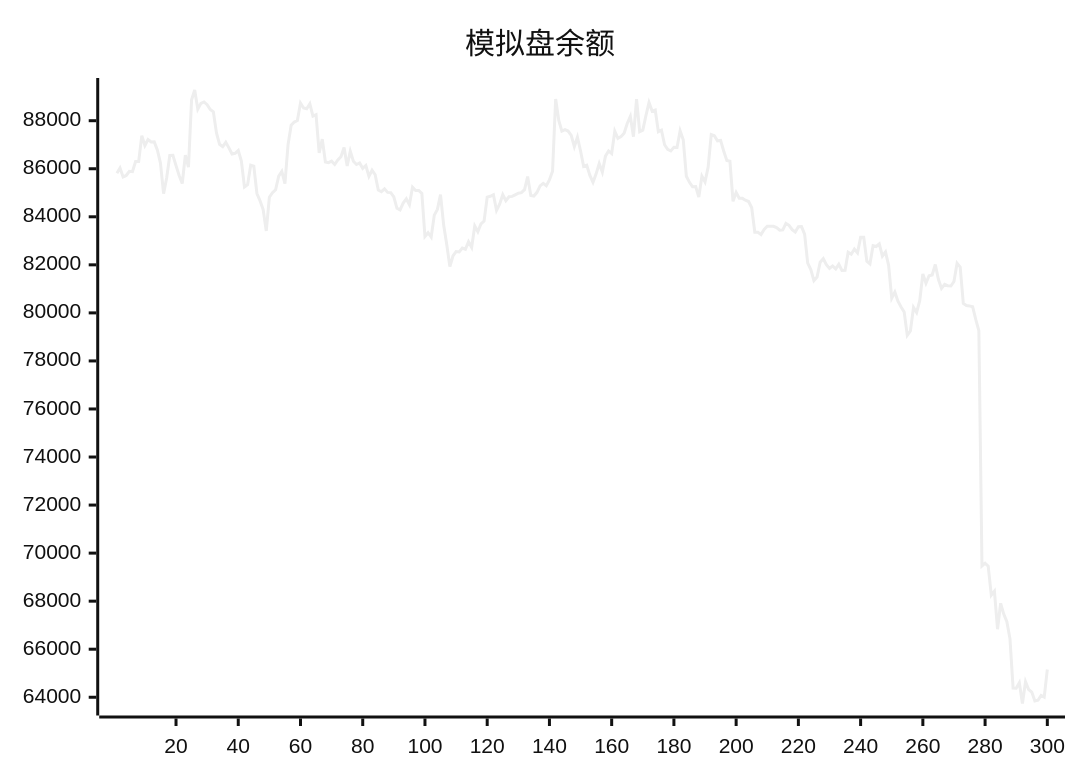
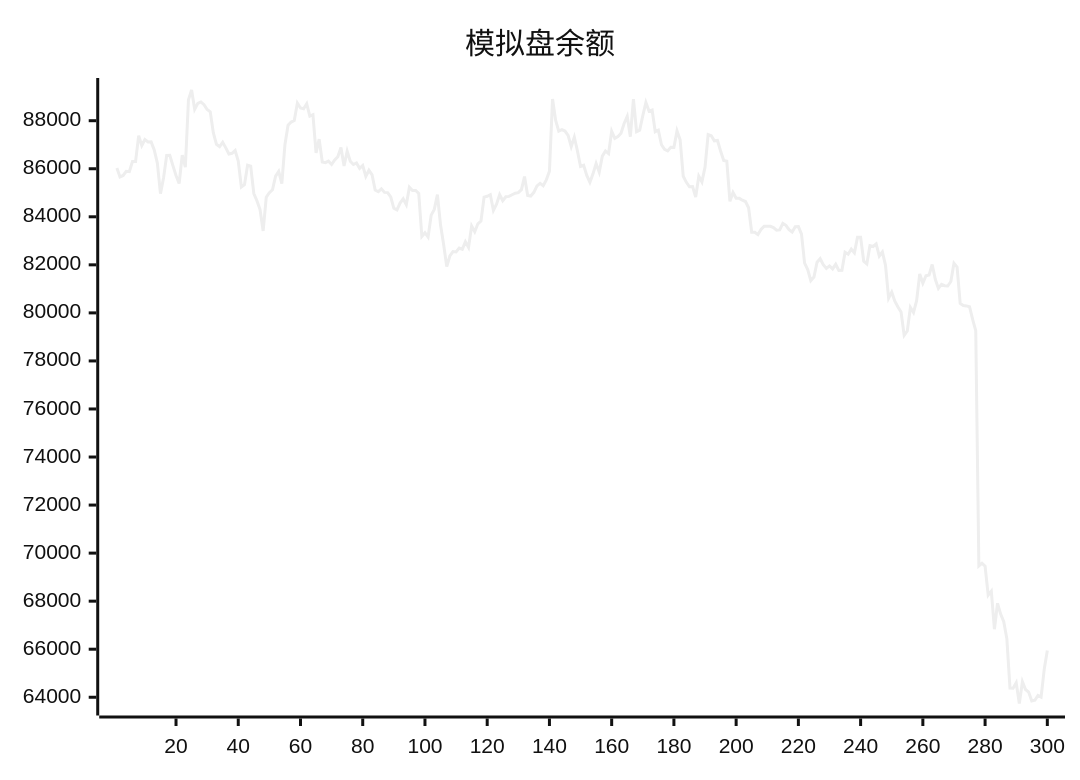
The diagram in README.md (aahl/ai-trading), drawn with Mermaid (neutral theme) before and after one commit. The commit also changed other lines of this file and 1 other file, not shown here.

````diff
--- a/README.md
+++ b/README.md
@@ -5,5 +5,5 @@
 ```mermaid
 xychart
     title "模拟盘余额"
-    line [85811,86028,85657,85721,85896,85880,86300,86299,87378,86965,87214,87115,87118,86780,86238,84966,85623,86555,86562,86129,85722,85387,86569,86070,88870,89278,88477,88720,88781,88668,88467,88372,87493,87018,86917,87102,86870,86613,86644,86758,86317,85242,85334,86149,86106,84968,84671,84302,83410,84816,85001,85127,85693,85891,85384,87001,87811,87945,88007,88734,88528,88495,88705,88189,88248,86662,87234,86279,86251,86314,86177,86364,86503,86886,86114,86731,86310,86176,86240,86017,86136,85685,85938,85749,85111,85044,85164,85016,85008,84824,84354,84287,84572,84745,84500,85234,85096,85095,84970,83180,83338,83157,84070,84309,84922,83667,82850,81924,82369,82552,82539,82695,82648,82962,82728,83619,83378,83710,83825,84819,84854,84917,84265,84527,84919,84668,84834,84850,84916,84981,85004,85131,85674,84891,84864,85019,85284,85393,85294,85538,85894,88904,88012,87567,87625,87568,87386,86920,87313,86737,86094,86143,85725,85437,85787,86219,85859,86526,86740,86630,87563,87264,87335,87483,87886,88180,87335,88894,87544,87608,88207,88755,88401,88444,87543,87608,87000,86810,86740,86894,86884,87576,87209,85686,85435,85251,85255,84820,85689,85453,86066,87420,87373,87161,87178,86740,86341,86315,84643,85012,84772,84768,84690,84635,84376,83360,83357,83259,83474,83608,83606,83602,83548,83440,83454,83724,83644,83464,83365,83590,83592,83275,82072,81806,81344,81492,82109,82254,82006,81848,81955,81829,82022,81769,81776,82522,82441,82656,82498,83144,83144,82150,82038,82797,82763,82872,82367,82536,81981,80612,80862,80484,80242,80034,79063,79245,80226,80016,80507,81625,81233,81544,81578,82016,81401,81019,81186,81130,81118,81306,82066,81909,80392,80304,80291,80258,79729,79261,69466,69579,69456,68251,68415,66832,67911,67462,67144,66432,64380,64375,64606,63740,64647,64324,64216,63842,63877,64078,64008,65156]
+    line [86028,85657,85721,85896,85880,86300,86299,87378,86965,87214,87115,87118,86780,86238,84966,85623,86555,86562,86129,85722,85387,86569,86070,88870,89278,88477,88720,88781,88668,88467,88372,87493,87018,86917,87102,86870,86613,86644,86758,86317,85242,85334,86149,86106,84968,84671,84302,83410,84816,85001,85127,85693,85891,85384,87001,87811,87945,88007,88734,88528,88495,88705,88189,88248,86662,87234,86279,86251,86314,86177,86364,86503,86886,86114,86731,86310,86176,86240,86017,86136,85685,85938,85749,85111,85044,85164,85016,85008,84824,84354,84287,84572,84745,84500,85234,85096,85095,84970,83180,83338,83157,84070,84309,84922,83667,82850,81924,82369,82552,82539,82695,82648,82962,82728,83619,83378,83710,83825,84819,84854,84917,84265,84527,84919,84668,84834,84850,84916,84981,85004,85131,85674,84891,84864,85019,85284,85393,85294,85538,85894,88904,88012,87567,87625,87568,87386,86920,87313,86737,86094,86143,85725,85437,85787,86219,85859,86526,86740,86630,87563,87264,87335,87483,87886,88180,87335,88894,87544,87608,88207,88755,88401,88444,87543,87608,87000,86810,86740,86894,86884,87576,87209,85686,85435,85251,85255,84820,85689,85453,86066,87420,87373,87161,87178,86740,86341,86315,84643,85012,84772,84768,84690,84635,84376,83360,83357,83259,83474,83608,83606,83602,83548,83440,83454,83724,83644,83464,83365,83590,83592,83275,82072,81806,81344,81492,82109,82254,82006,81848,81955,81829,82022,81769,81776,82522,82441,82656,82498,83144,83144,82150,82038,82797,82763,82872,82367,82536,81981,80612,80862,80484,80242,80034,79063,79245,80226,80016,80507,81625,81233,81544,81578,82016,81401,81019,81186,81130,81118,81306,82066,81909,80392,80304,80291,80258,79729,79261,69466,69579,69456,68251,68415,66832,67911,67462,67144,66432,64380,64375,64606,63740,64647,64324,64216,63842,63877,64078,64008,65156,65945]
 ```
````
